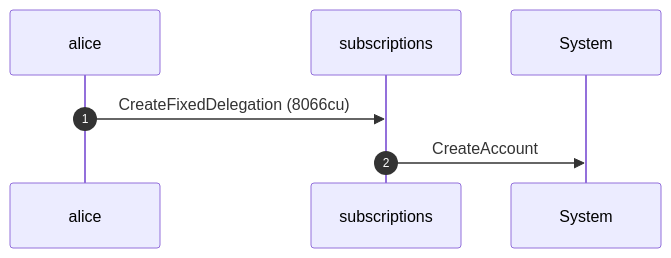
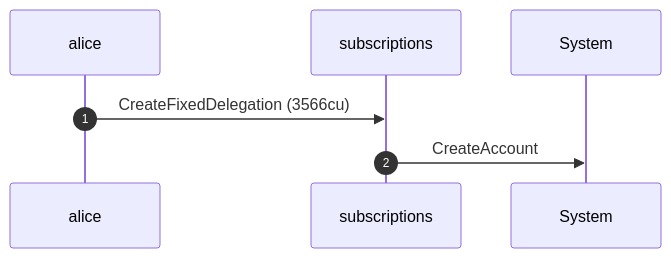
Before and after one commit to cds-rs/subscriptions: the fifth of 12 diagrams in dsl_tests/a-sponsor-can-revoke-an-expired-fixed-delegation.md, drawn with Mermaid. The commit also changed other lines of this file and 224 other files, not shown here.

````diff
--- a/dsl_tests/a-sponsor-can-revoke-an-expired-fixed-delegation.md
+++ b/dsl_tests/a-sponsor-can-revoke-an-expired-fixed-delegation.md
@@ -105,9 +111,9 @@
 ```mermaid
 sequenceDiagram
     autonumber
     participant alice
     participant subscriptions
     participant System
-    alice ->> subscriptions: CreateFixedDelegation (8066cu)
+    alice ->> subscriptions: CreateFixedDelegation (3566cu)
     subscriptions ->> System: CreateAccount
 ```
````
